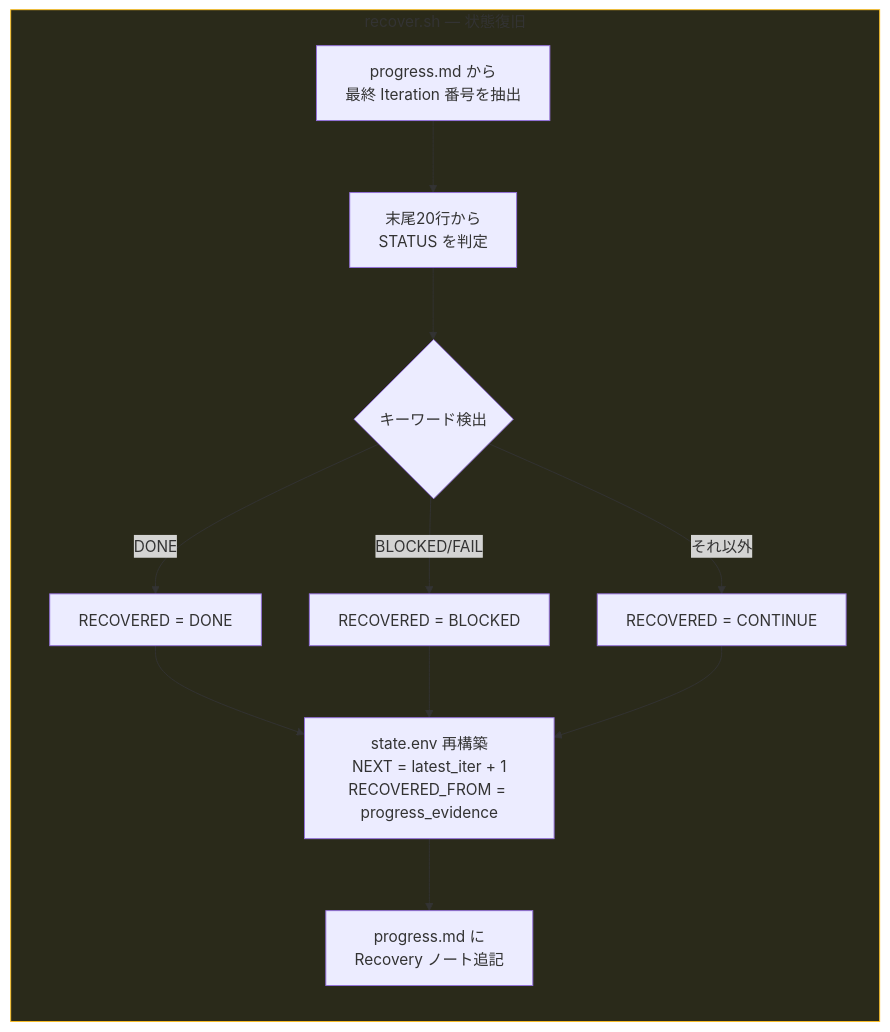
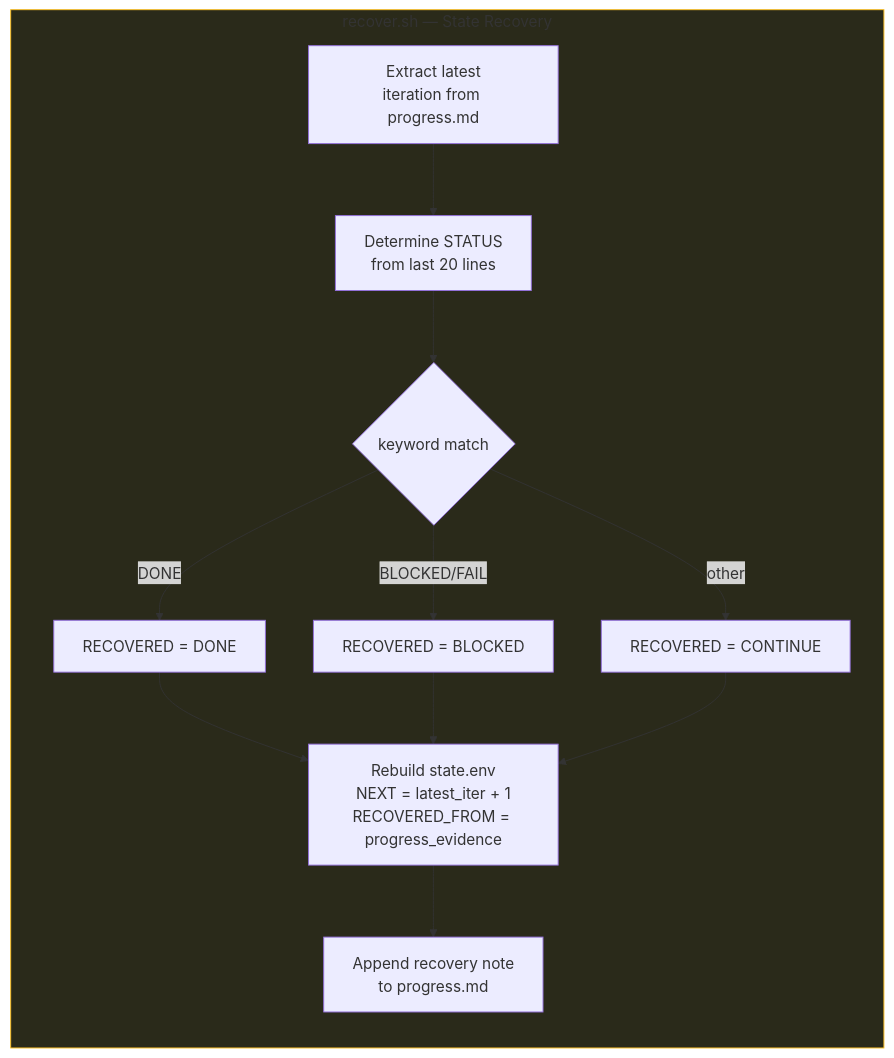
One commit to belinwu/simota-skills changed the second of 3 diagrams in orbit/references/script-flow.md. Above: the diagram before and after it, drawn with Mermaid. The commit also changed other lines of this file and 6 other files, not shown here.

````diff
--- a/orbit/references/script-flow.md
+++ b/orbit/references/script-flow.md
@@ -120,16 +120,16 @@
 ```mermaid
 graph LR
-    subgraph RECOVER["recover.sh — 状態復旧"]
-        RC1["progress.md から<br/>最終 Iteration 番号を抽出"] --> RC2["末尾20行から<br/>STATUS を判定"]
-        RC2 --> RC3{キーワード検出}
+    subgraph RECOVER["recover.sh — State Recovery"]
+        RC1["Extract latest<br/>iteration from progress.md"] --> RC2["Determine STATUS<br/>from last 20 lines"]
+        RC2 --> RC3{keyword match}
         RC3 -->|DONE| RC4["RECOVERED = DONE"]
         RC3 -->|BLOCKED/FAIL| RC5["RECOVERED = BLOCKED"]
-        RC3 -->|それ以外| RC6["RECOVERED = CONTINUE"]
-        RC4 --> RC7["state.env 再構築<br/>NEXT = latest_iter + 1<br/>RECOVERED_FROM = progress_evidence"]
+        RC3 -->|other| RC6["RECOVERED = CONTINUE"]
+        RC4 --> RC7["Rebuild state.env<br/>NEXT = latest_iter + 1<br/>RECOVERED_FROM = progress_evidence"]
         RC5 --> RC7
         RC6 --> RC7
-        RC7 --> RC8["progress.md に<br/>Recovery ノート追記"]
+        RC7 --> RC8["Append recovery note<br/>to progress.md"]
     end
 
     style RECOVER fill:#2a2a1a,stroke:#fbbf24
 ```
````
